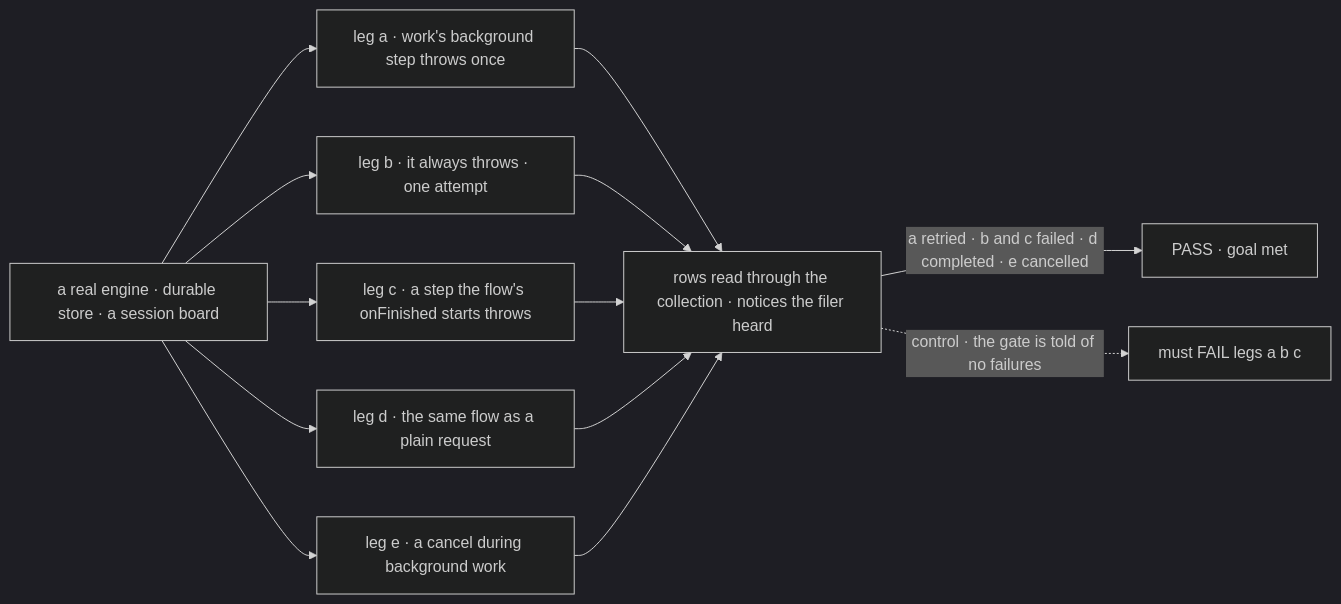
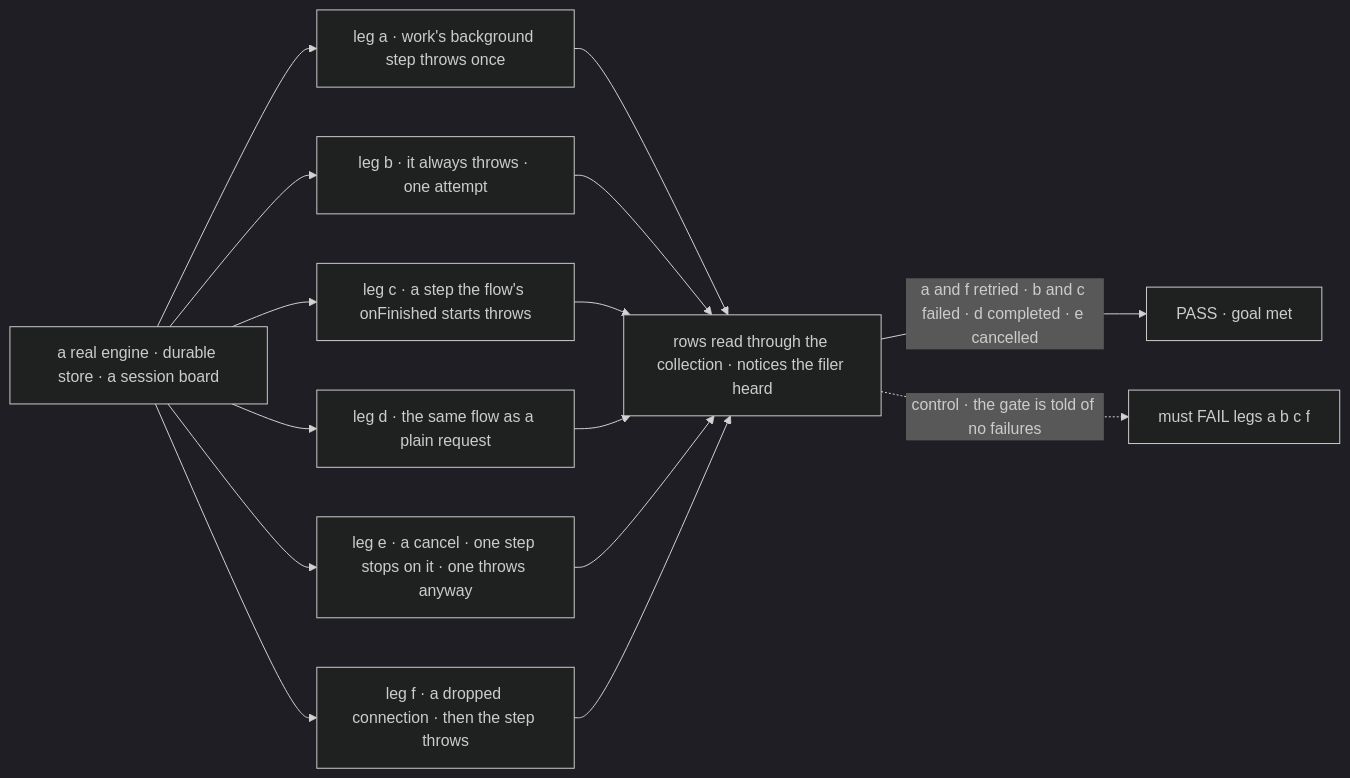
Before and after one commit to fixpoint-labs/flow-state-dev: the first of 2 diagrams in specs/issues/FIX-2088/SPEC.md, drawn with Mermaid (dark theme). The commit also changed other lines of this file and 2 other files, not shown here.

First line of the commit message:
spec(FIX-2088): review round 1 — cancel test named, failures stay in the pool, D1 price

````diff
--- a/specs/issues/FIX-2088/SPEC.md
+++ b/specs/issues/FIX-2088/SPEC.md
@@ -28,15 +28,17 @@
 ```mermaid
 flowchart LR
   A["a real engine · durable store · a session board"] --> L1["leg a · work's background step throws once"]
   A --> L2["leg b · it always throws · one attempt"]
   A --> L3["leg c · a step the flow's onFinished starts throws"]
   A --> L4["leg d · the same flow as a plain request"]
-  A --> L5["leg e · a cancel during background work"]
+  A --> L5["leg e · a cancel · one step stops on it · one throws anyway"]
+  A --> L6["leg f · a dropped connection · then the step throws"]
   L1 --> R["rows read through the collection · notices the filer heard"]
   L2 --> R
   L3 --> R
   L4 --> R
   L5 --> R
-  R -->|"a retried · b and c failed · d completed · e cancelled"| P["PASS · goal met"]
-  R -.->|"control · the gate is told of no failures"| F["must FAIL legs a b c"]
+  L6 --> R
+  R -->|"a and f retried · b and c failed · d completed · e cancelled"| P["PASS · goal met"]
+  R -.->|"control · the gate is told of no failures"| F["must FAIL legs a b c f"]
 ```
````
